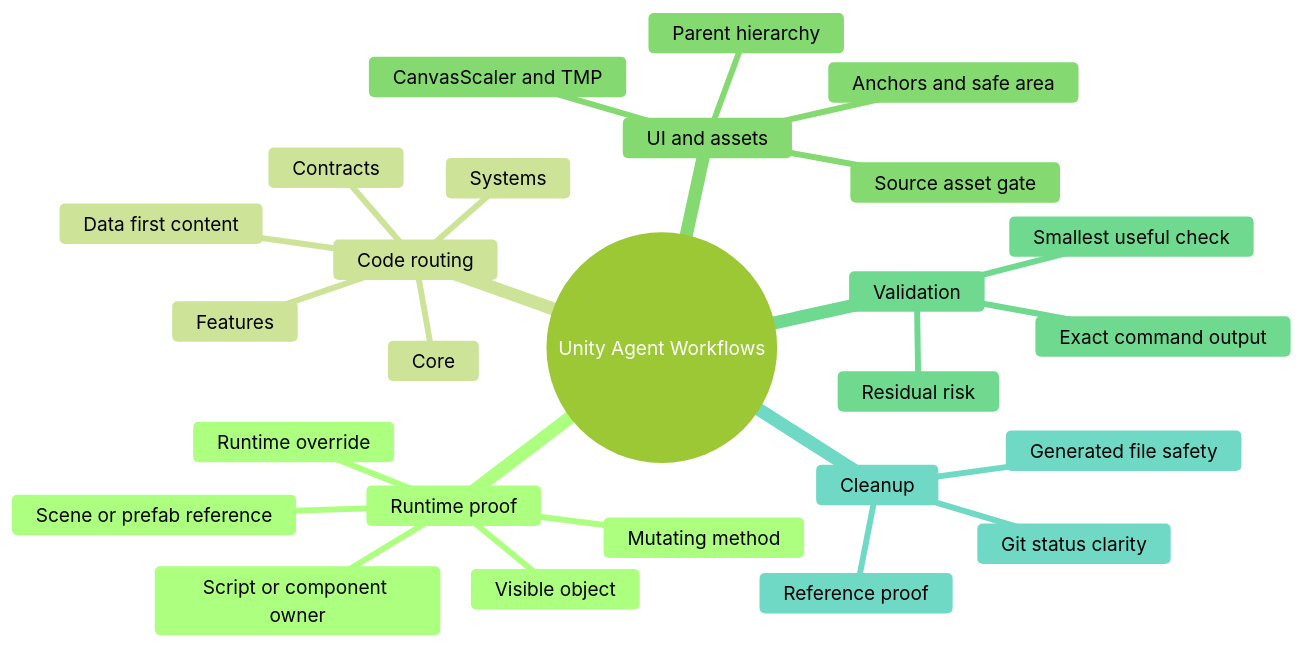
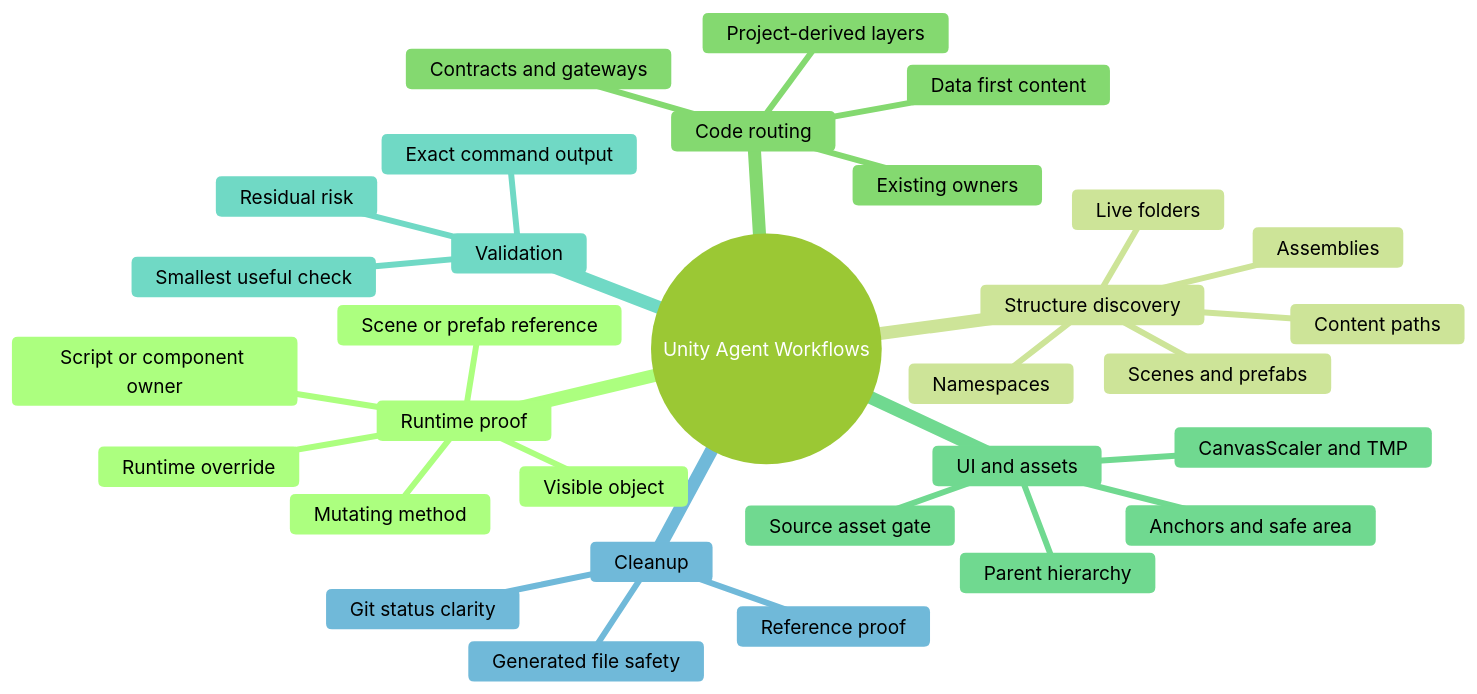
One commit to AUN-PN/unity-agent-workflows changed the first of 2 diagrams in README.md. Above: the diagram before and after it, drawn with Mermaid (forest theme). The commit also changed other lines of this file and 5 other files, not shown here.

Commit message:
Document project-derived Unity structure workflow

````diff
--- a/README.md
+++ b/README.md
@@ -55,29 +56,34 @@
 ```mermaid
 mindmap
   root((Unity Agent Workflows))
     Runtime proof
       Visible object
       Scene or prefab reference
       Script or component owner
       Mutating method
       Runtime override
+    Structure discovery
+      Live folders
+      Namespaces
+      Assemblies
+      Scenes and prefabs
+      Content paths
     Code routing
-      Core
-      Contracts
-      Systems
-      Features
+      Project-derived layers
+      Existing owners
+      Contracts and gateways
       Data first content
     UI and assets
       Parent hierarchy
       Anchors and safe area
       CanvasScaler and TMP
       Source asset gate
     Validation
       Smallest useful check
       Exact command output
       Residual risk
     Cleanup
       Reference proof
       Generated file safety
       Git status clarity
 ```
````
